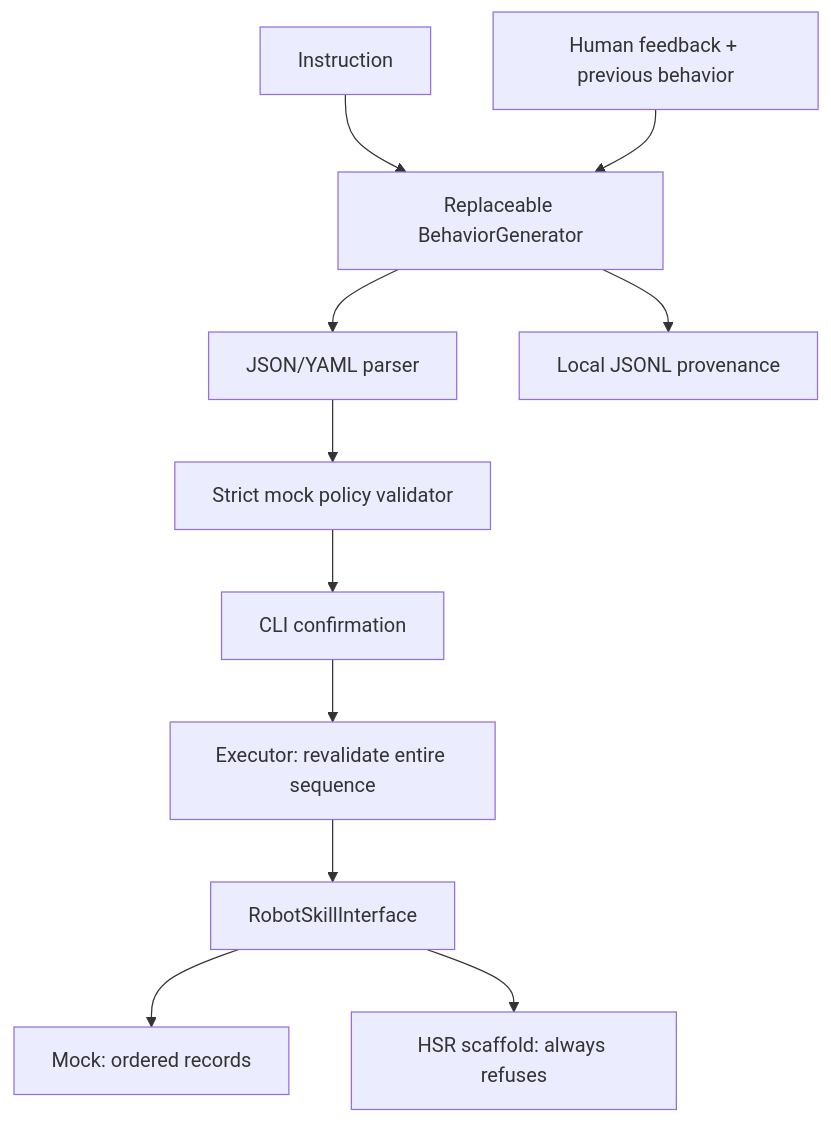
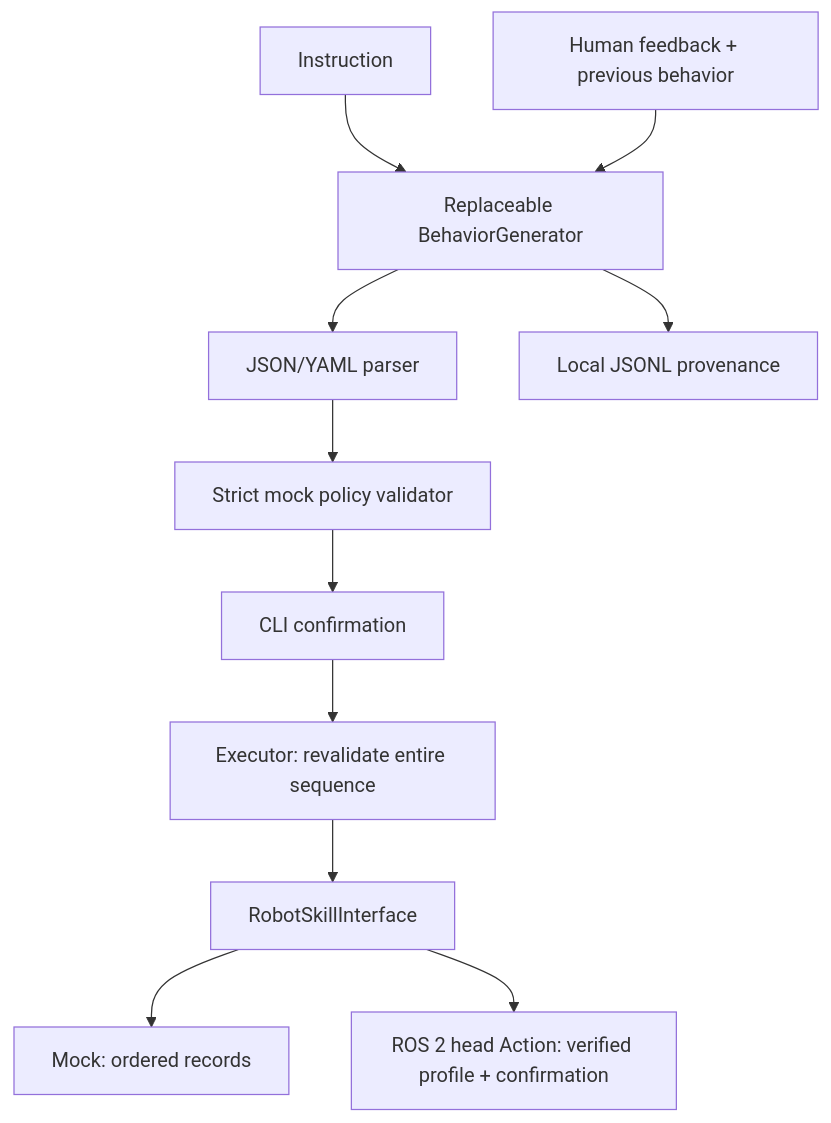
The diagram in docs/architecture.md (okitamisan01/GenEM), drawn with Mermaid before and after one commit. The commit also changed other lines of this file and 8 other files, not shown here.

Commit message:
docs: document ROS 2 HSR connection and controller verification

````diff
--- a/docs/architecture.md
+++ b/docs/architecture.md
@@ -3,13 +3,13 @@
 ```mermaid
 flowchart TD
     I[Instruction] --> G[Replaceable BehaviorGenerator]
     F[Human feedback + previous behavior] --> G
     G --> P[JSON/YAML parser]
     P --> V[Strict mock policy validator]
     V --> C[CLI confirmation]
     C --> E[Executor: revalidate entire sequence]
     E --> S[RobotSkillInterface]
     S --> M[Mock: ordered records]
-    S --> H[HSR scaffold: always refuses]
+    S --> H[ROS 2 head Action: verified profile + confirmation]
     G --> L[Local JSONL provenance]
 ```
````
